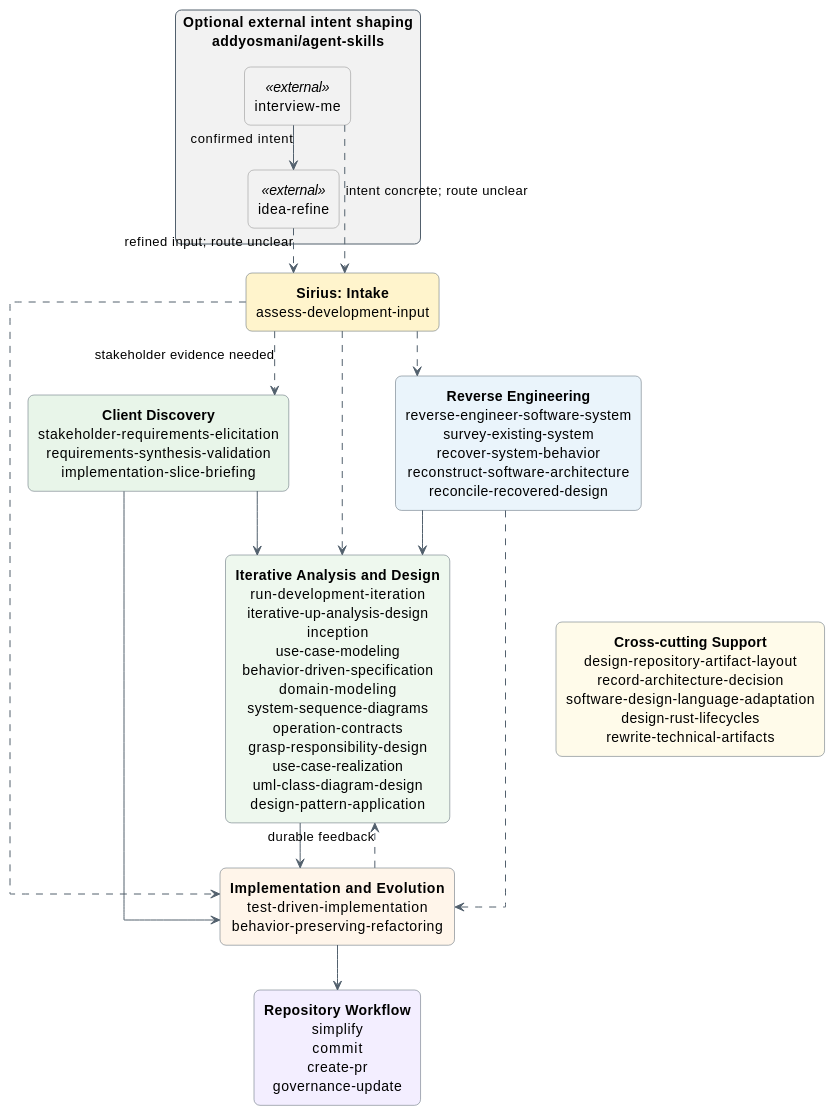
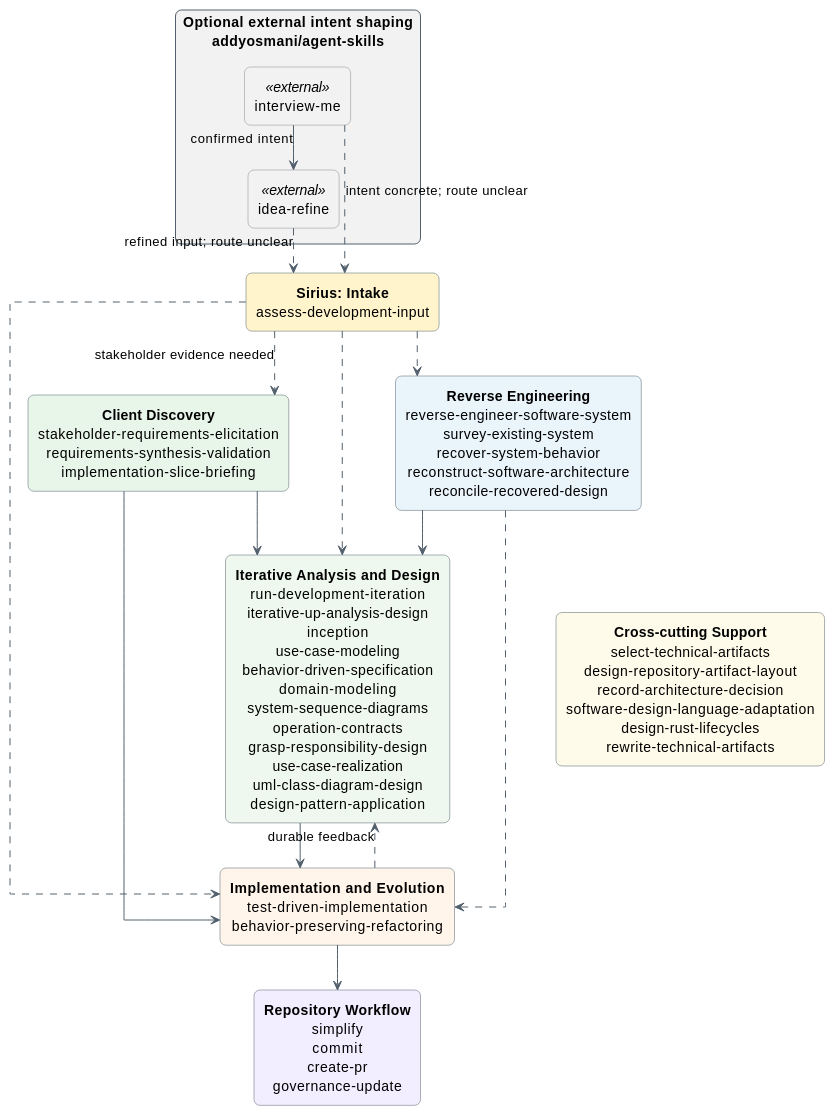
Before and after one commit to sirius-cc-wu/sirius-skills: the first of 5 diagrams in catalog/skill-relationships.md, drawn with PlantUML. The commit also changed other lines of this file and 51 other files, not shown here.

First line of the commit message:
skills: add technical artifact selection

````diff
--- a/catalog/skill-relationships.md
+++ b/catalog/skill-relationships.md
@@ -15,62 +15,62 @@
 ```plantuml
 @startuml sirius-skills-birds-eye
 top to bottom direction
 
 skinparam backgroundColor #FFFFFF
 skinparam shadowing false
 skinparam packageStyle rectangle
 skinparam linetype ortho
 skinparam defaultFontName Arial
 skinparam defaultTextAlignment center
 skinparam ArrowColor #52606D
 skinparam nodesep 35
 skinparam ranksep 45
 skinparam rectangle {
   BackgroundColor #FFFFFF
   BorderColor #52606D
   RoundCorner 12
 }
 skinparam rectangle<<external>> {
   BackgroundColor #F2F2F2
   BorderColor #888888
 }
 
 package "Optional external intent shaping\naddyosmani/agent-skills" as addy #F2F2F2 {
   rectangle "interview-me" as addyInterview <<external>>
   rectangle "idea-refine" as addyIdea <<external>>
 }
 
 rectangle "**Sirius: Intake**\nassess-development-input" as assess #FFF4CC
 
 rectangle "**Client Discovery**\nstakeholder-requirements-elicitation\nrequirements-synthesis-validation\nimplementation-slice-briefing" as discovery #E8F5E9
 
 rectangle "**Reverse Engineering**\nreverse-engineer-software-system\nsurvey-existing-system\nrecover-system-behavior\nreconstruct-software-architecture\nreconcile-recovered-design" as reverse #EAF4FB
 
 rectangle "**Iterative Analysis and Design**\nrun-development-iteration\niterative-up-analysis-design\ninception\nuse-case-modeling\nbehavior-driven-specification\ndomain-modeling\nsystem-sequence-diagrams\noperation-contracts\ngrasp-responsibility-design\nuse-case-realization\numl-class-diagram-design\ndesign-pattern-application" as design #EEF8EE
 
 rectangle "**Implementation and Evolution**\ntest-driven-implementation\nbehavior-preserving-refactoring" as implementation #FFF5EA
 
 rectangle "**Repository Workflow**\nsimplify\ncommit\ncreate-pr\ngovernance-update" as repository #F3EEFF
 
-rectangle "**Cross-cutting Support**\ndesign-repository-artifact-layout\nrecord-architecture-decision\nsoftware-design-language-adaptation\ndesign-rust-lifecycles\nrewrite-technical-artifacts" as support #FFFBEA
+rectangle "**Cross-cutting Support**\nselect-technical-artifacts\ndesign-repository-artifact-layout\nrecord-architecture-decision\nsoftware-design-language-adaptation\ndesign-rust-lifecycles\nrewrite-technical-artifacts" as support #FFFBEA
 
 assess -[hidden]right-> discovery
 discovery -[hidden]right-> reverse
 design -[hidden]right-> support
 
 addyInterview --> addyIdea : confirmed intent
 addyIdea ..> assess : refined input; route unclear
 addyInterview ..> assess : intent concrete; route unclear
 assess ..> discovery : stakeholder evidence needed
 assess ..> reverse
 assess ..> design
 assess ..> implementation
 discovery --> design
 discovery --> implementation
 reverse --> design
 reverse ..> implementation
 design --> implementation
 implementation ..> design : durable feedback
 implementation --> repository
 @enduml
 ```
````
